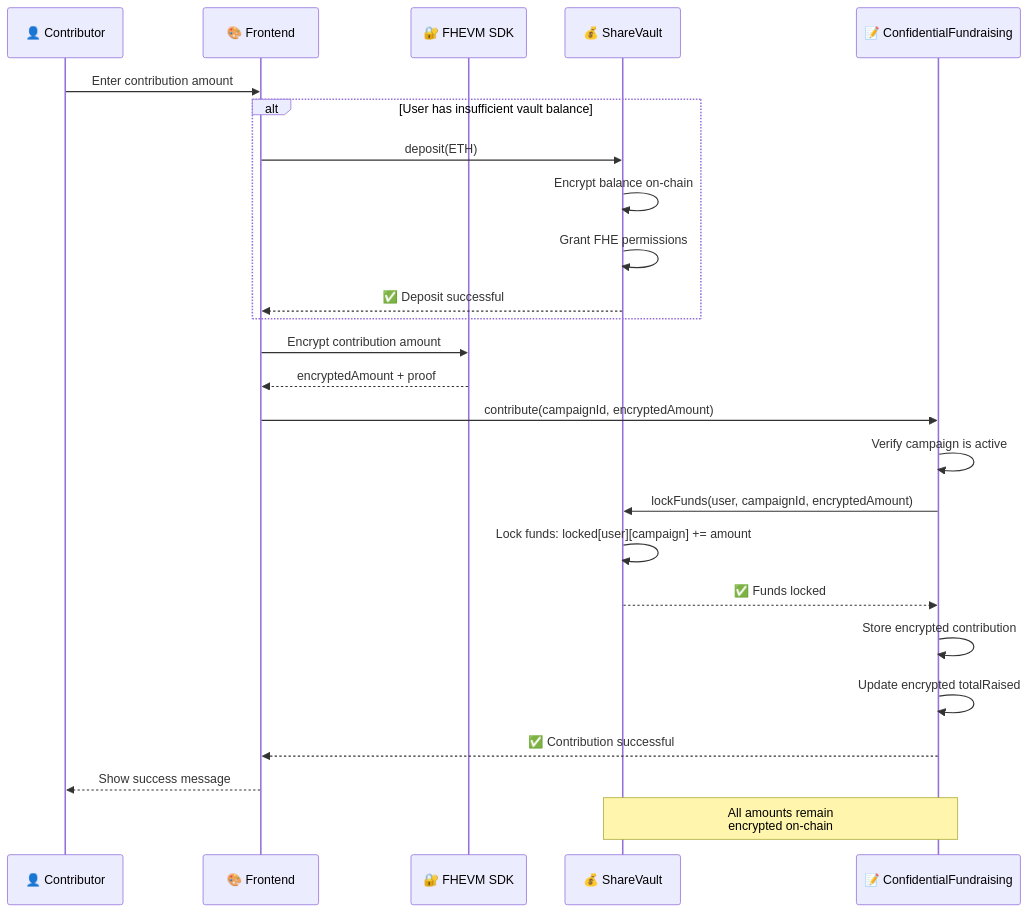
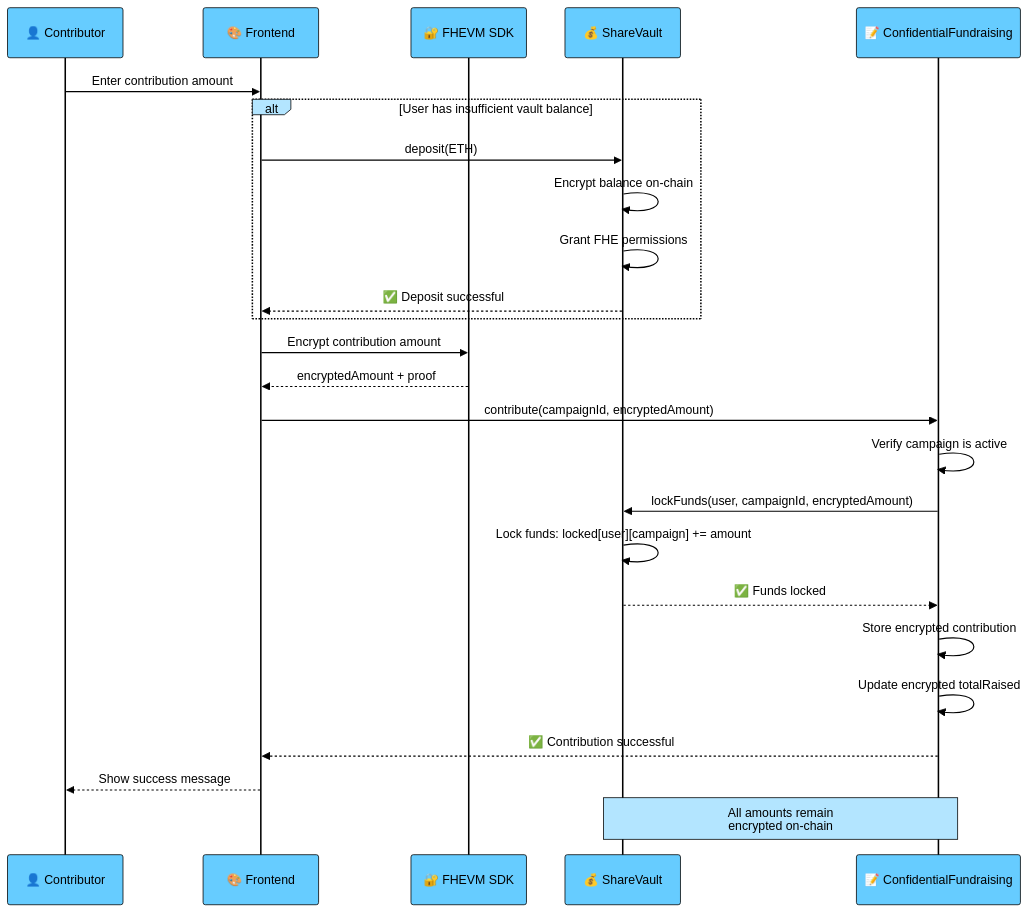
The fourth of 8 diagrams in README.md (cris-the-dev/confidental-fundraising), drawn with Mermaid before and after one commit. The commit also changed other lines of this file, not shown here.

Commit message:
chore(): update mermaid diagrams style

````diff
--- a/README.md
+++ b/README.md
@@ -162,32 +162,33 @@
 ```mermaid
+%%{init: {'theme':'base', 'themeVariables': {'primaryColor':'#66ccff','primaryTextColor':'#000','primaryBorderColor':'#000','lineColor':'#000','secondaryColor':'#b3e5ff','tertiaryColor':'#fff','noteBkgColor':'#b3e5ff','noteTextColor':'#000','noteBorderColor':'#000','actorBkg':'#66ccff','actorBorder':'#000','actorTextColor':'#000','actorLineColor':'#000','signalColor':'#000','signalTextColor':'#000','labelBoxBkgColor':'#b3e5ff','labelBoxBorderColor':'#000','labelTextColor':'#000','loopTextColor':'#000','activationBorderColor':'#000','activationBkgColor':'#e6f7ff','sequenceNumberColor':'#000'}}}%%
 sequenceDiagram
     participant U as 👤 Contributor
     participant F as 🎨 Frontend
     participant SDK as 🔐 FHEVM SDK
     participant SV as 💰 ShareVault
     participant CF as 📝 ConfidentialFundraising
 
     U->>F: Enter contribution amount
 
     alt User has insufficient vault balance
         F->>SV: deposit(ETH)
         SV->>SV: Encrypt balance on-chain
         SV->>SV: Grant FHE permissions
         SV-->>F: ✅ Deposit successful
     end
 
     F->>SDK: Encrypt contribution amount
     SDK-->>F: encryptedAmount + proof
 
     F->>CF: contribute(campaignId, encryptedAmount)
     CF->>CF: Verify campaign is active
     CF->>SV: lockFunds(user, campaignId, encryptedAmount)
     SV->>SV: Lock funds: locked[user][campaign] += amount
     SV-->>CF: ✅ Funds locked
     CF->>CF: Store encrypted contribution
     CF->>CF: Update encrypted totalRaised
     CF-->>F: ✅ Contribution successful
     F-->>U: Show success message
 
     Note over CF,SV: All amounts remain<br/>encrypted on-chain
 ```
````
